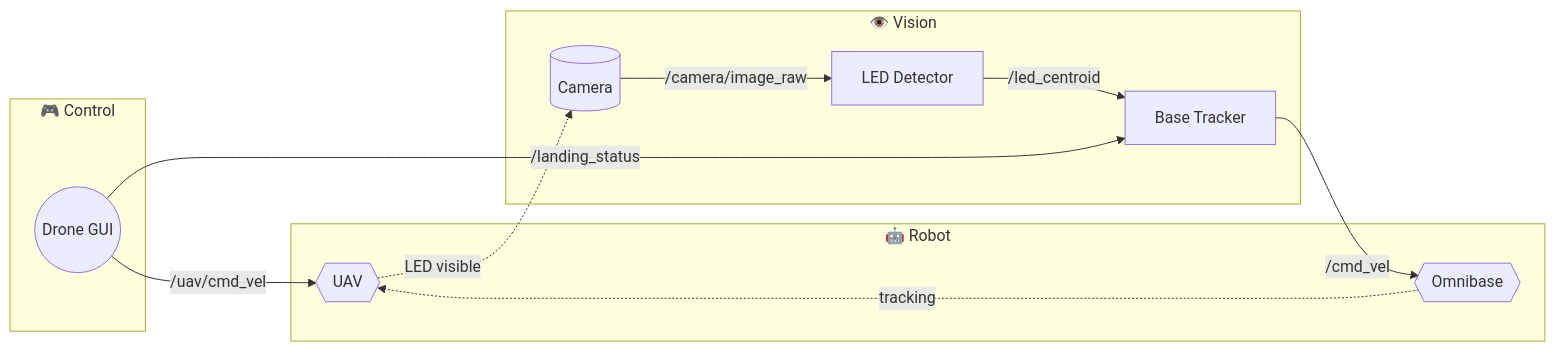
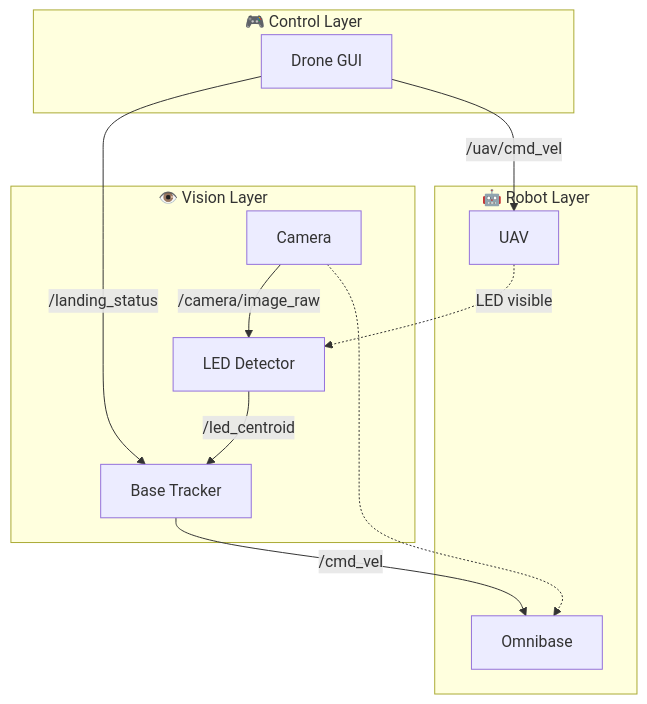
The first of 2 diagrams in README.md (Jouda-asaad/omnibase_ws), drawn with Mermaid before and after one commit. The commit also changed 2992 other files, not shown here.

````diff
--- a/README.md
+++ b/README.md
@@ -57,25 +57,25 @@
 ```mermaid
-flowchart LR
-    subgraph Control["🎮 Control"]
-        GUI((Drone GUI))
+flowchart TB
+    subgraph Control["🎮 Control Layer"]
+        GUI["Drone GUI"]
     end
-
-    subgraph Vision["👁️ Vision"]
-        CAM[(Camera)]
-        LED[LED Detector]
-        TRACKER[Base Tracker]
+    
+    subgraph Robot["🤖 Robot Layer"]
+        UAV["UAV"]
+        BASE["Omnibase"]
     end
-
-    subgraph Robot["🤖 Robot"]
-        UAV{{UAV}}
-        BASE{{Omnibase}}
+    
+    subgraph Vision["👁️ Vision Layer"]
+        LED["LED Detector"]
+        TRACKER["Base Tracker"]
+        CAM["Camera"]
     end
-
+    
     GUI -->|"/uav/cmd_vel"| UAV
-    UAV -.->|"LED visible"| CAM
+    GUI -->|"/landing_status"| TRACKER
+    UAV -.->|"LED visible"| LED
     CAM -->|"/camera/image_raw"| LED
     LED -->|"/led_centroid"| TRACKER
-    GUI -->|"/landing_status"| TRACKER
     TRACKER -->|"/cmd_vel"| BASE
-    BASE -.->|"tracking"| UAV
+    CAM -.-> BASE
 ```
````
